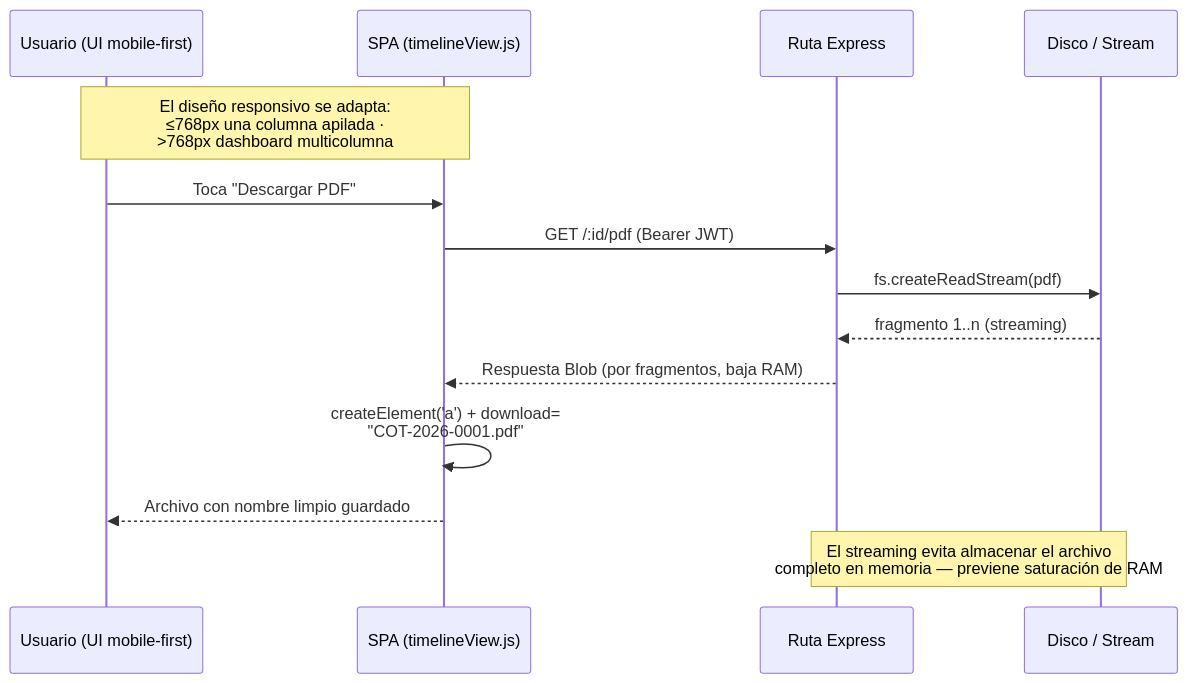
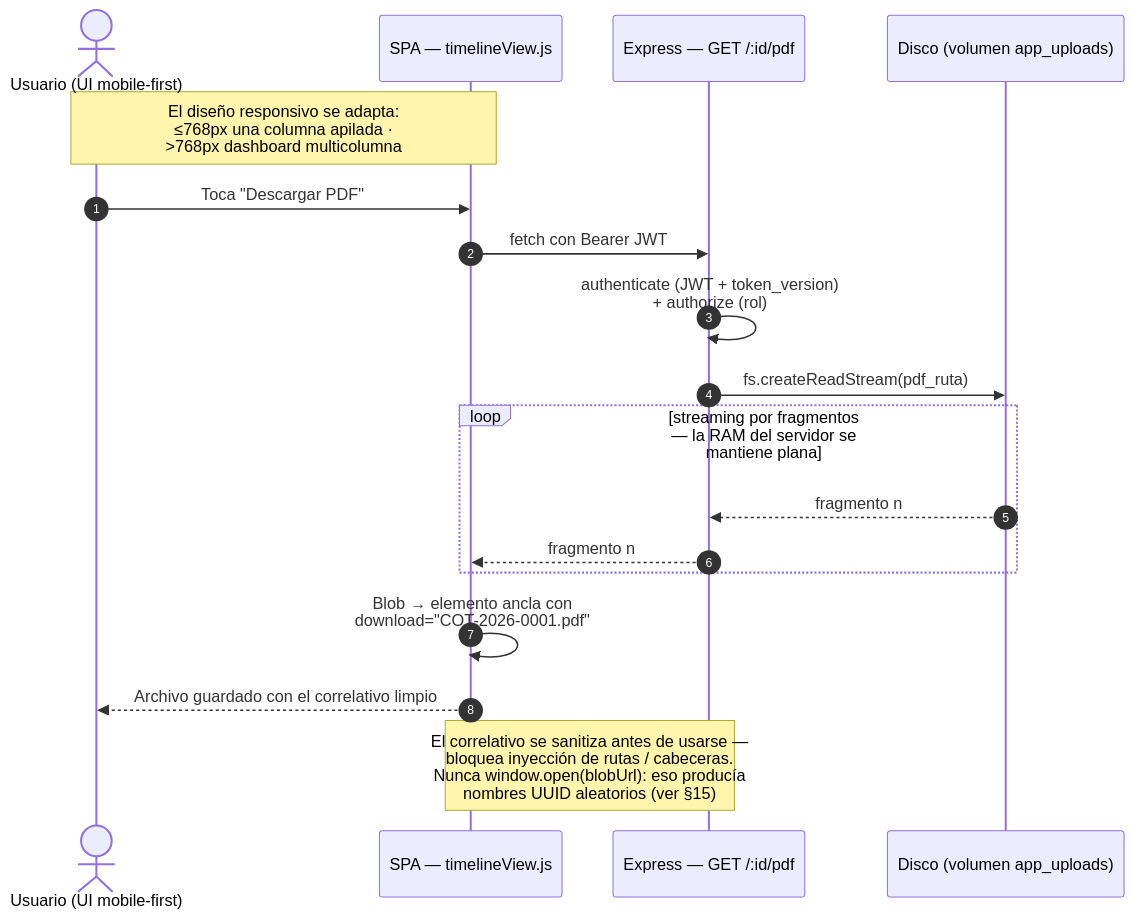
One commit to AdrianGareca/rc-tractoparts changed the fourth of 7 diagrams in README.es.md. Above: the diagram before and after it, drawn with Mermaid. The commit also changed other lines of this file and 1 other file, not shown here.

````diff
--- a/README.es.md
+++ b/README.es.md
@@ -175,17 +193,21 @@
 ```mermaid
 sequenceDiagram
-    participant U as Usuario (UI mobile-first)
-    participant FE as SPA (timelineView.js)
-    participant API as Ruta Express
-    participant FS as Disco / Stream
+    autonumber
+    actor U as Usuario (UI mobile-first)
+    participant FE as SPA — timelineView.js
+    participant API as Express — GET /:id/pdf
+    participant FS as Disco (volumen app_uploads)
 
     Note over U,FE: El diseño responsivo se adapta:<br/>≤768px una columna apilada ·<br/>>768px dashboard multicolumna
     U->>FE: Toca "Descargar PDF"
-    FE->>API: GET /:id/pdf (Bearer JWT)
-    API->>FS: fs.createReadStream(pdf)
-    FS-->>API: fragmento 1..n (streaming)
-    API-->>FE: Respuesta Blob (por fragmentos, baja RAM)
-    FE->>FE: createElement('a') + download=<br/>"COT-2026-0001.pdf"
-    FE-->>U: Archivo con nombre limpio guardado
-    Note over API,FS: El streaming evita almacenar el archivo<br/>completo en memoria — previene saturación de RAM
+    FE->>API: fetch con Bearer JWT
+    API->>API: authenticate (JWT + token_version)<br/>+ authorize (rol)
+    API->>FS: fs.createReadStream(pdf_ruta)
+    loop streaming por fragmentos — la RAM del servidor se mantiene plana
+        FS-->>API: fragmento n
+        API-->>FE: fragmento n
+    end
+    FE->>FE: Blob → elemento ancla con<br/>download="COT-2026-0001.pdf"
+    FE-->>U: Archivo guardado con el correlativo limpio
+    Note over FE,API: El correlativo se sanitiza antes de usarse —<br/>bloquea inyección de rutas / cabeceras.<br/>Nunca window.open(blobUrl): eso producía<br/>nombres UUID aleatorios (ver §15)
 ```
````
